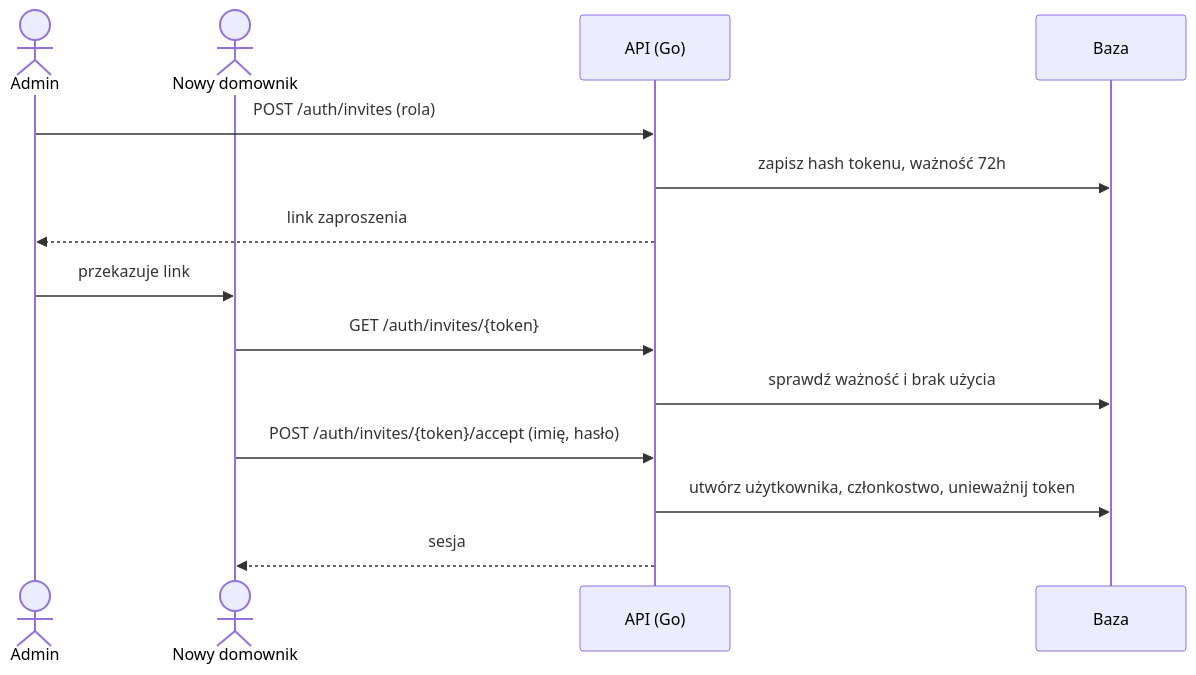
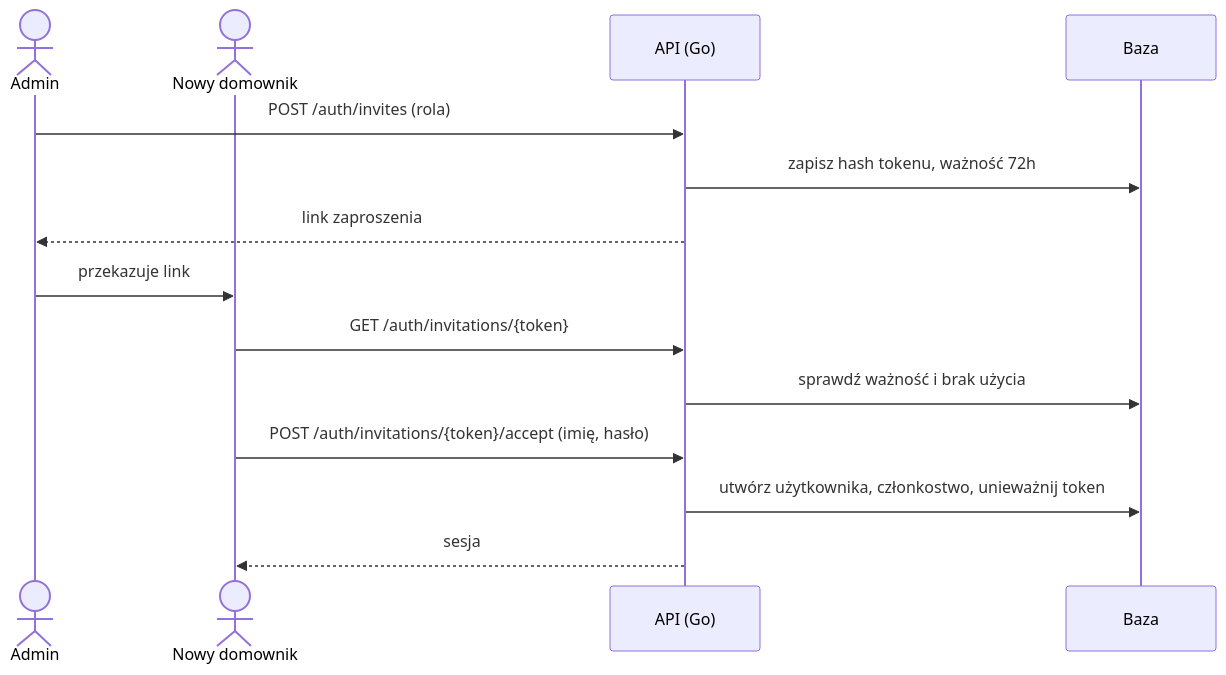
Before and after one commit to MarcinCho/mealplan: the fourth of 8 diagrams in docs/superpowers/specs/2026-11-01-mealplan-design.md, drawn with Mermaid. The commit also changed other lines of this file and 7 other files, not shown here.

````diff
--- a/docs/superpowers/specs/2026-11-01-mealplan-design.md
+++ b/docs/superpowers/specs/2026-11-01-mealplan-design.md
@@ -162,16 +162,16 @@
 ```mermaid
 sequenceDiagram
     actor Ad as Admin
     actor N as Nowy domownik
     participant A as API (Go)
     participant D as Baza
     Ad->>A: POST /auth/invites (rola)
     A->>D: zapisz hash tokenu, ważność 72h
     A-->>Ad: link zaproszenia
     Ad->>N: przekazuje link
-    N->>A: GET /auth/invites/{token}
+    N->>A: GET /auth/invitations/{token}
     A->>D: sprawdź ważność i brak użycia
-    N->>A: POST /auth/invites/{token}/accept (imię, hasło)
+    N->>A: POST /auth/invitations/{token}/accept (imię, hasło)
     A->>D: utwórz użytkownika, członkostwo, unieważnij token
     A-->>N: sesja
 ```
````
